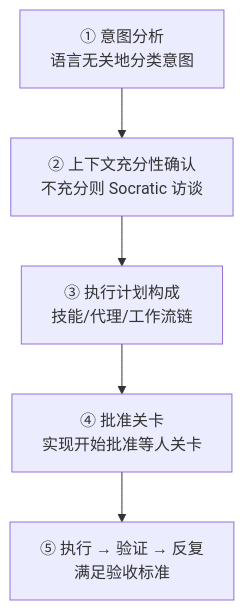
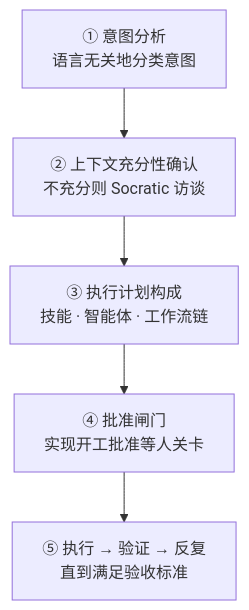
One commit to modu-ai/moai-adk changed the first of 2 diagrams in docs-site/content/zh/advanced/analyze-first-routing.md. Above: the diagram before and after it, drawn with Mermaid. The commit also changed other lines of this file and 25 other files, not shown here.

````diff
--- a/docs-site/content/zh/advanced/analyze-first-routing.md
+++ b/docs-site/content/zh/advanced/analyze-first-routing.md
@@ -16,7 +32,7 @@
 ```mermaid
 flowchart TD
     A["① 意图分析<br/>语言无关地分类意图"] --> B["② 上下文充分性确认<br/>不充分则 Socratic 访谈"]
-    B --> C["③ 执行计划构成<br/>技能/代理/工作流链"]
-    C --> D["④ 批准关卡<br/>实现开始批准等人关卡"]
-    D --> E["⑤ 执行 → 验证 → 反复<br/>满足验收标准"]
+    B --> C["③ 执行计划构成<br/>技能 · 智能体 · 工作流链"]
+    C --> D["④ 批准闸门<br/>实现开工批准等人关卡"]
+    D --> E["⑤ 执行 → 验证 → 反复<br/>直到满足验收标准"]
 ```
````
